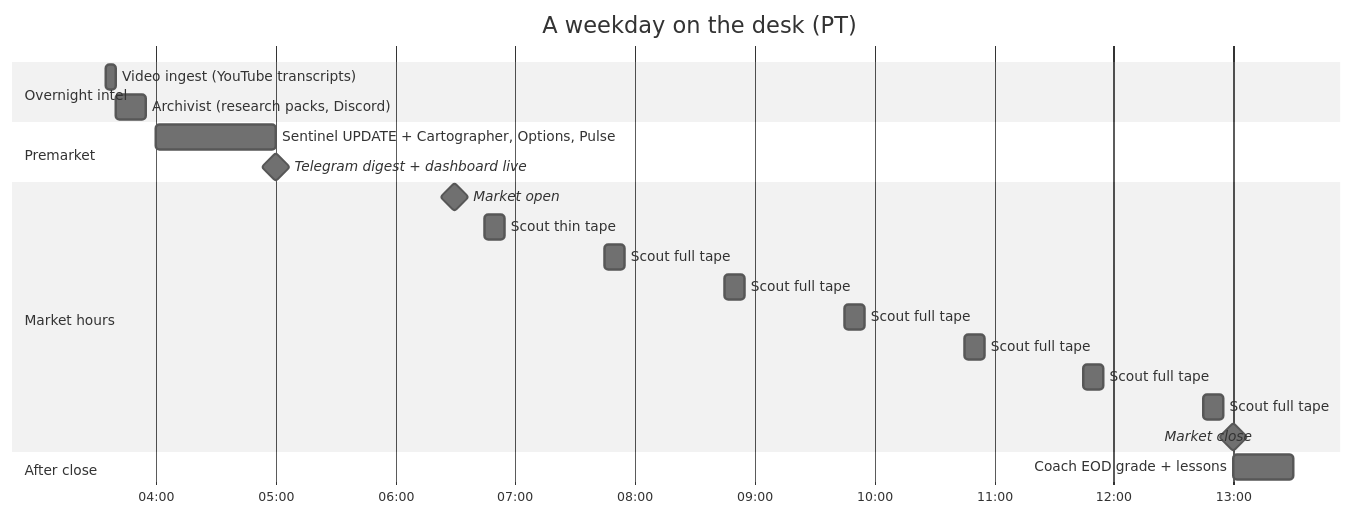
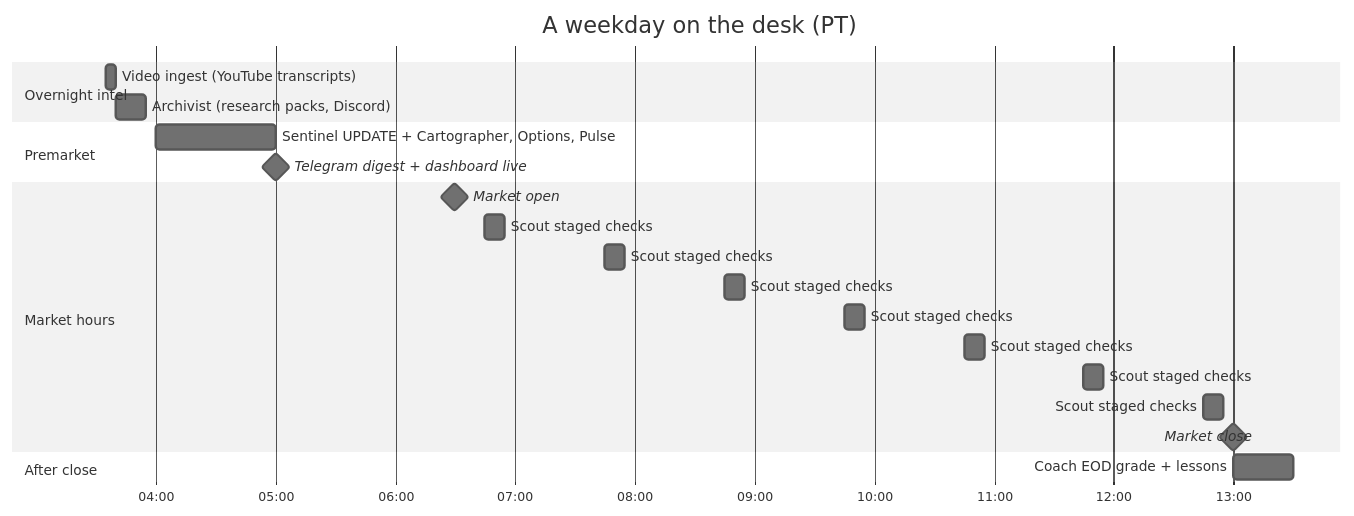
Before and after one commit to imranchatur-cpu/TradeOps-Public: the diagram in docs/CADENCE.md, drawn with Mermaid (neutral theme). The commit also changed other lines of this file and 11 other files, not shown here.

First line of the commit message:
Update public pack for redesign v2: staged Scout, Red Team checklist, overrides, DB arm guard

````diff
--- a/docs/CADENCE.md
+++ b/docs/CADENCE.md
@@ -5,24 +5,24 @@
 ```mermaid
 gantt
     title A weekday on the desk (PT)
     dateFormat HH:mm
     axisFormat %H:%M
     section Overnight intel
     Video ingest (YouTube transcripts)      :a1, 03:35, 5m
     Archivist (research packs, Discord)     :a2, 03:40, 15m
     section Premarket
     Sentinel UPDATE + Cartographer, Options, Pulse :b1, 04:00, 60m
     Telegram digest + dashboard live        :milestone, b2, 05:00, 0m
     section Market hours
     Market open                             :milestone, c0, 06:30, 0m
-    Scout thin tape                         :c1, 06:45, 10m
-    Scout full tape                         :c2, 07:45, 10m
-    Scout full tape                         :c3, 08:45, 10m
-    Scout full tape                         :c4, 09:45, 10m
-    Scout full tape                         :c5, 10:45, 10m
-    Scout full tape                         :c6, 11:45, 10m
-    Scout full tape                         :c7, 12:45, 10m
+    Scout staged checks                     :c1, 06:45, 10m
+    Scout staged checks                     :c2, 07:45, 10m
+    Scout staged checks                     :c3, 08:45, 10m
+    Scout staged checks                     :c4, 09:45, 10m
+    Scout staged checks                     :c5, 10:45, 10m
+    Scout staged checks                     :c6, 11:45, 10m
+    Scout staged checks                     :c7, 12:45, 10m
     Market close                            :milestone, c9, 13:00, 0m
     section After close
     Coach EOD grade + lessons               :d1, 13:00, 30m
 ```
````
